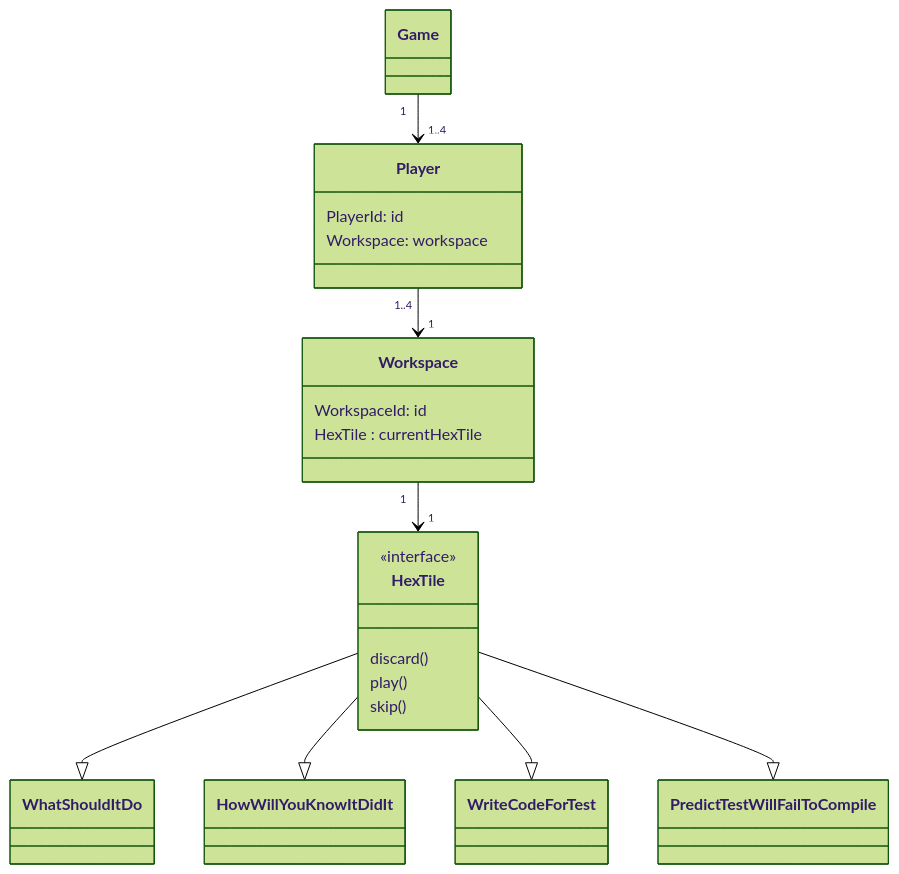
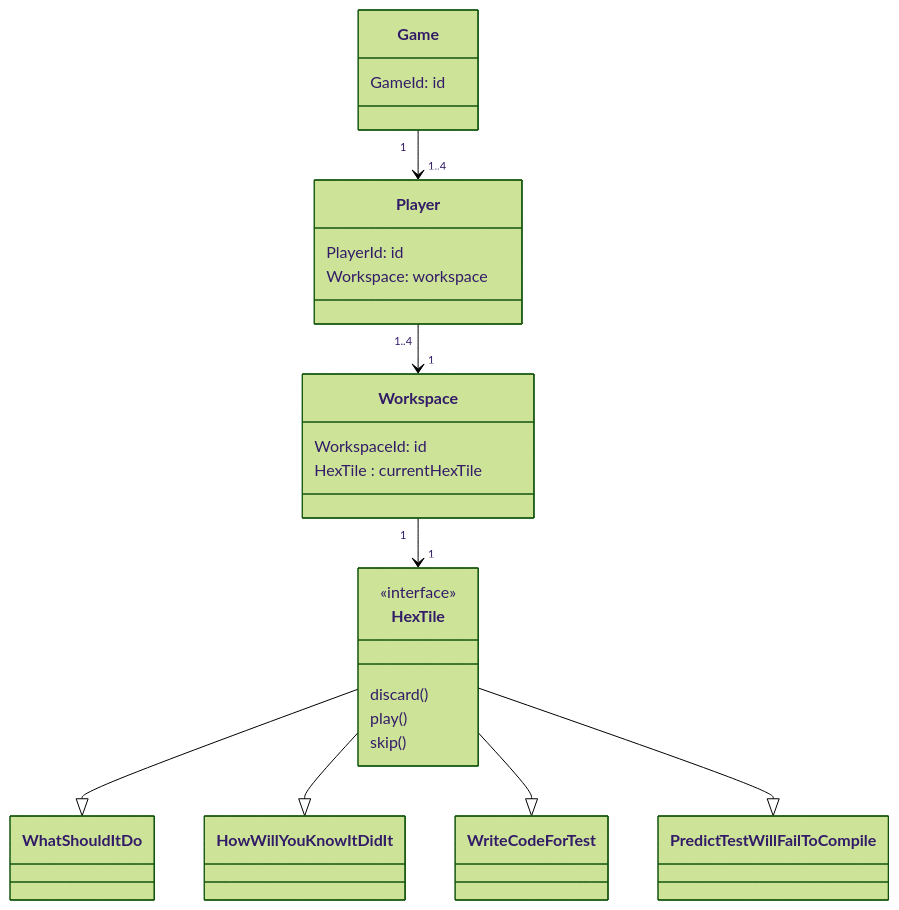
Before and after one commit to jitterted/tdd-game: the diagram in diagrams-docs/class-diagram.mermaid, drawn with Mermaid (forest theme). The commit also changed 5 other files, not shown here.

```diff
--- a/diagrams-docs/class-diagram.mermaid
+++ b/diagrams-docs/class-diagram.mermaid
@@ -1,24 +1,26 @@
 classDiagram
-    class Game
+    class Game {
+        GameId: id
+    }
     class Player {
         PlayerId: id
         Workspace: workspace
     }
     class Workspace {
         WorkspaceId: id
         HexTile : currentHexTile
     }
     class HexTile {
         <<interface>>
         discard()
         play()
         skip()
     }
     HexTile --|> WhatShouldItDo
     HexTile --|> HowWillYouKnowItDidIt
     HexTile --|> WriteCodeForTest
     HexTile --|> PredictTestWillFailToCompile
 
     Game "1" --> "1..4" Player
     Player "1..4" --> "1" Workspace
     Workspace "1" --> "1" HexTile
```
